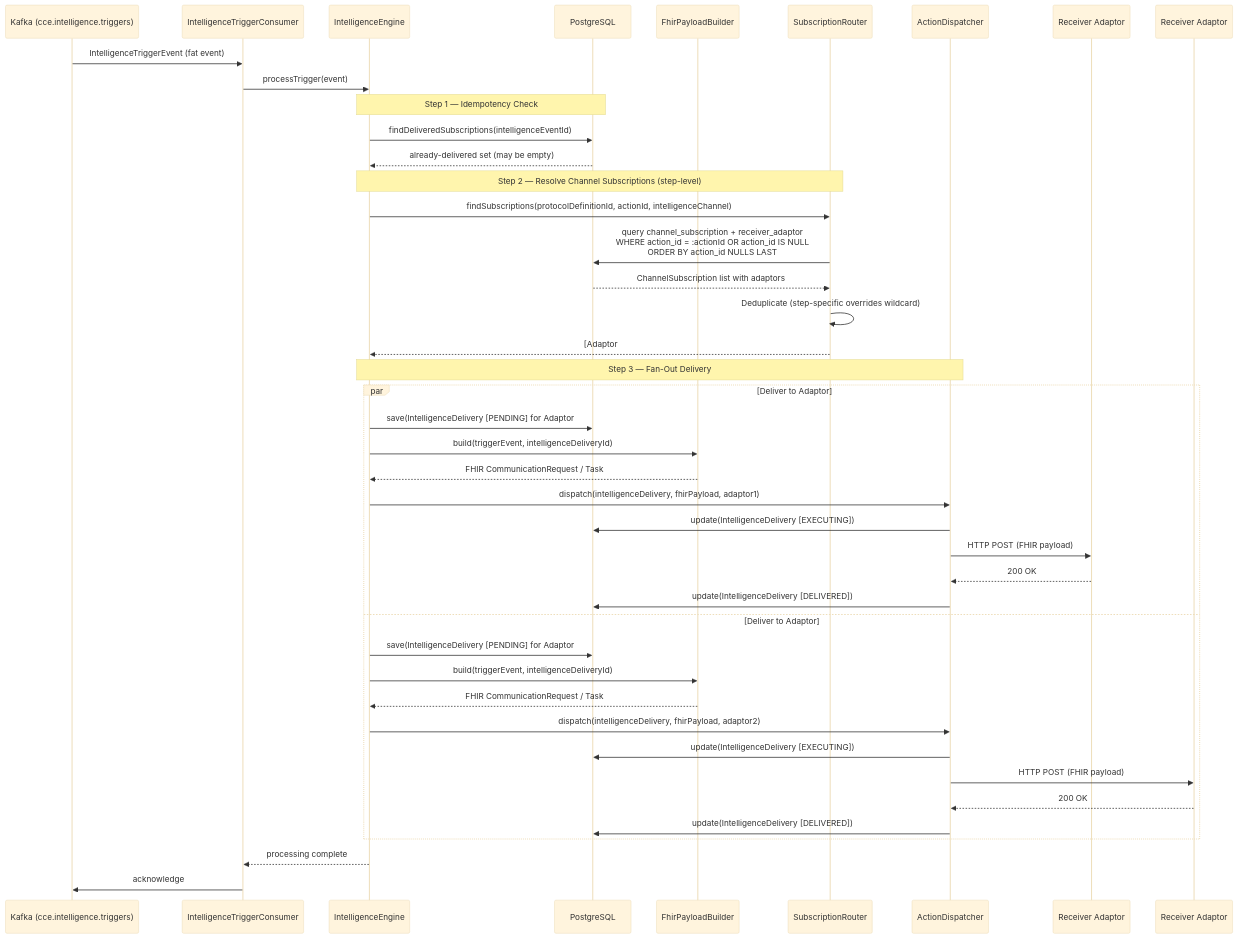
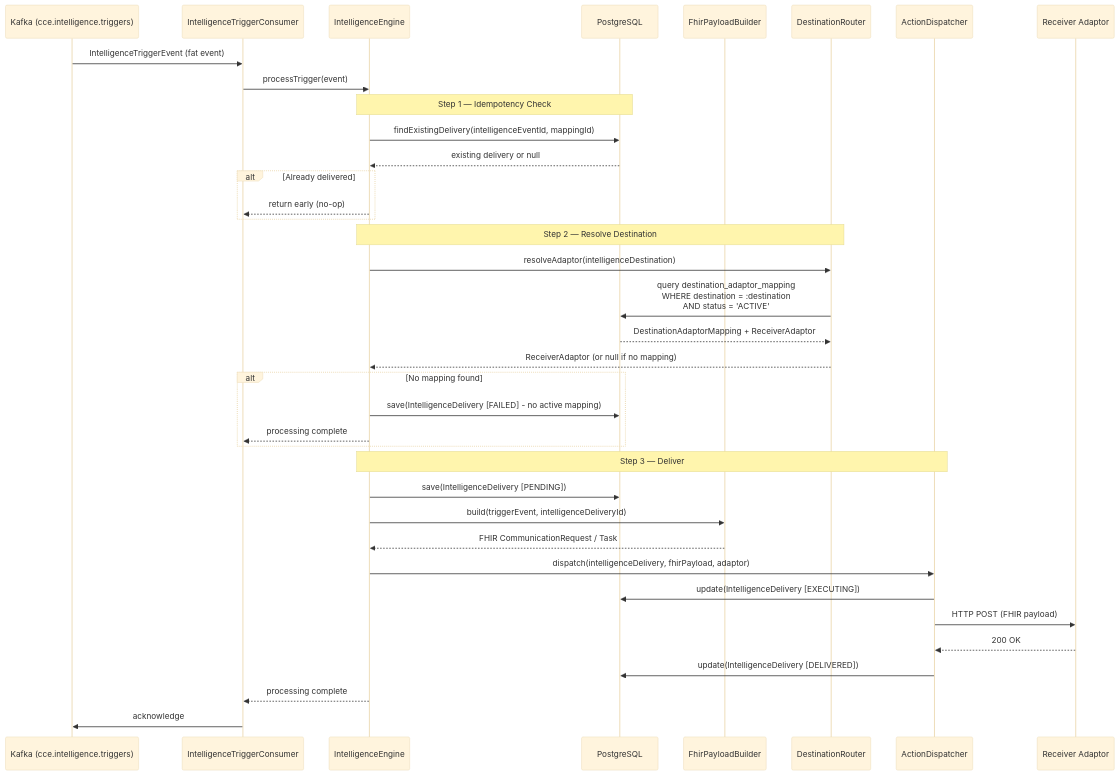
Before and after one commit to Jayaprakash8887/cce-intelligence-service: the second of 12 diagrams in docs/flow-diagrams.md, drawn with Mermaid (base theme). The commit also changed other lines of this file and 39 other files, not shown here.

First line of the commit message:
feat: Refactor channel subscription to destination adaptor mapping

````diff
--- a/docs/flow-diagrams.md
+++ b/docs/flow-diagrams.md
@@ -58,50 +56,46 @@
 ```mermaid
 sequenceDiagram
     participant Kafka as Kafka (cce.intelligence.triggers)
     participant Consumer as IntelligenceTriggerConsumer
     participant Engine as IntelligenceEngine
     participant DB as PostgreSQL
     participant Builder as FhirPayloadBuilder
-    participant Router as SubscriptionRouter
+    participant Router as DestinationRouter
     participant Dispatcher as ActionDispatcher
-    participant Webhook1 as Receiver Adaptor #1
-    participant Webhook2 as Receiver Adaptor #2
+    participant Webhook as Receiver Adaptor
 
     Kafka->>Consumer: IntelligenceTriggerEvent (fat event)
     Consumer->>Engine: processTrigger(event)
 
     Note over Engine,DB: Step 1 — Idempotency Check
-    Engine->>DB: findDeliveredSubscriptions(intelligenceEventId)
-    DB-->>Engine: already-delivered set (may be empty)
+    Engine->>DB: findExistingDelivery(intelligenceEventId, mappingId)
+    DB-->>Engine: existing delivery or null
 
-    Note over Engine,Router: Step 2 — Resolve Channel Subscriptions (step-level)
-    Engine->>Router: findSubscriptions(protocolDefinitionId, actionId, intelligenceChannel)
-    Router->>DB: query channel_subscription + receiver_adaptor<br/>WHERE action_id = :actionId OR action_id IS NULL<br/>ORDER BY action_id NULLS LAST
-    DB-->>Router: ChannelSubscription list with adaptors
-    Router->>Router: Deduplicate (step-specific overrides wildcard)
-    Router-->>Engine: [Adaptor #1, Adaptor #2] minus already-delivered
+    alt Already delivered
+        Engine-->>Consumer: return early (no-op)
+    end
 
-    Note over Engine,Dispatcher: Step 3 — Fan-Out Delivery
-    par Deliver to Adaptor #1
-        Engine->>DB: save(IntelligenceDelivery [PENDING] for Adaptor #1)
-        Engine->>Builder: build(triggerEvent, intelligenceDeliveryId)
-        Builder-->>Engine: FHIR CommunicationRequest / Task
-        Engine->>Dispatcher: dispatch(intelligenceDelivery, fhirPayload, adaptor1)
-        Dispatcher->>DB: update(IntelligenceDelivery [EXECUTING])
-        Dispatcher->>Webhook1: HTTP POST (FHIR payload)
-        Webhook1-->>Dispatcher: 200 OK
-        Dispatcher->>DB: update(IntelligenceDelivery [DELIVERED])
-    and Deliver to Adaptor #2
-        Engine->>DB: save(IntelligenceDelivery [PENDING] for Adaptor #2)
-        Engine->>Builder: build(triggerEvent, intelligenceDeliveryId)
-        Builder-->>Engine: FHIR CommunicationRequest / Task
-        Engine->>Dispatcher: dispatch(intelligenceDelivery, fhirPayload, adaptor2)
-        Dispatcher->>DB: update(IntelligenceDelivery [EXECUTING])
-        Dispatcher->>Webhook2: HTTP POST (FHIR payload)
-        Webhook2-->>Dispatcher: 200 OK
-        Dispatcher->>DB: update(IntelligenceDelivery [DELIVERED])
+    Note over Engine,Router: Step 2 — Resolve Destination
+    Engine->>Router: resolveAdaptor(intelligenceDestination)
+    Router->>DB: query destination_adaptor_mapping<br/>WHERE destination = :destination<br/>AND status = 'ACTIVE'
+    DB-->>Router: DestinationAdaptorMapping + ReceiverAdaptor
+    Router-->>Engine: ReceiverAdaptor (or null if no mapping)
+
+    alt No mapping found
+        Engine->>DB: save(IntelligenceDelivery [FAILED] - no active mapping)
+        Engine-->>Consumer: processing complete
     end
+
+    Note over Engine,Dispatcher: Step 3 — Deliver
+    Engine->>DB: save(IntelligenceDelivery [PENDING])
+    Engine->>Builder: build(triggerEvent, intelligenceDeliveryId)
+    Builder-->>Engine: FHIR CommunicationRequest / Task
+    Engine->>Dispatcher: dispatch(intelligenceDelivery, fhirPayload, adaptor)
+    Dispatcher->>DB: update(IntelligenceDelivery [EXECUTING])
+    Dispatcher->>Webhook: HTTP POST (FHIR payload)
+    Webhook-->>Dispatcher: 200 OK
+    Dispatcher->>DB: update(IntelligenceDelivery [DELIVERED])
 
     Engine-->>Consumer: processing complete
     Consumer->>Kafka: acknowledge
 ```
````
